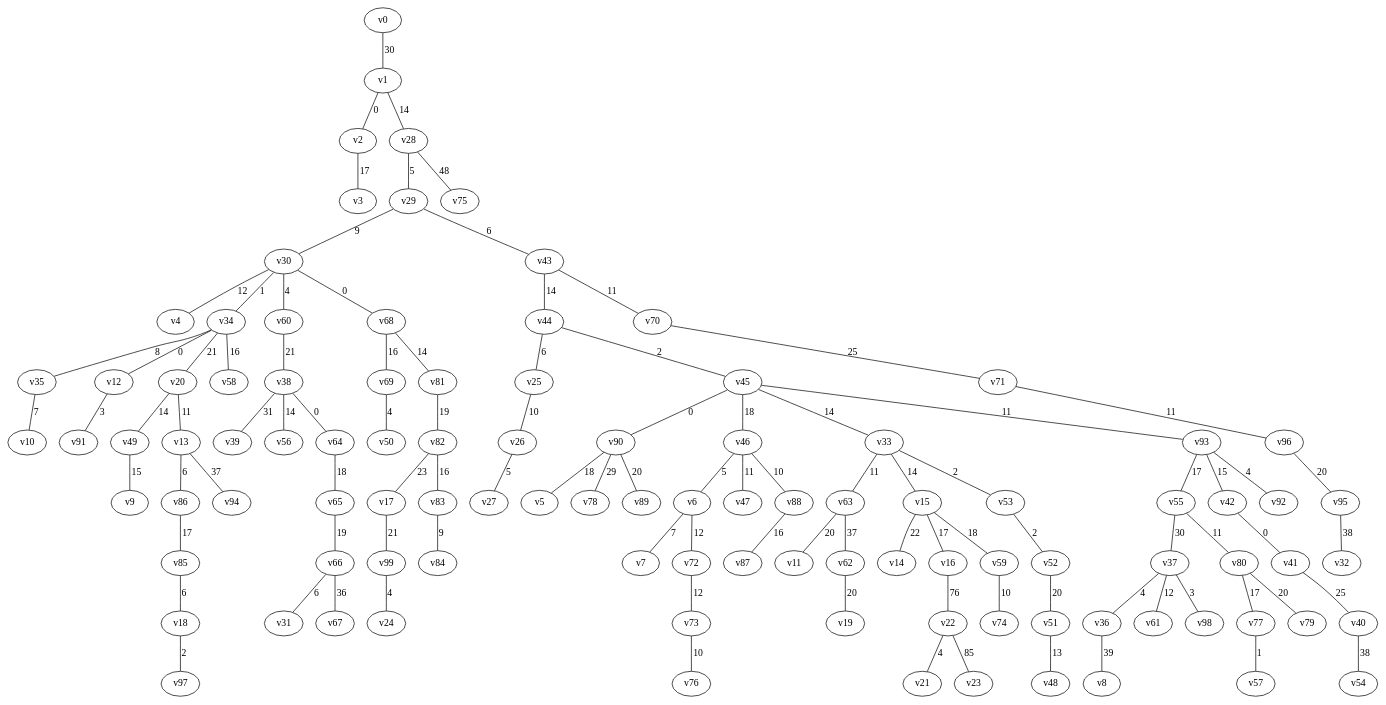
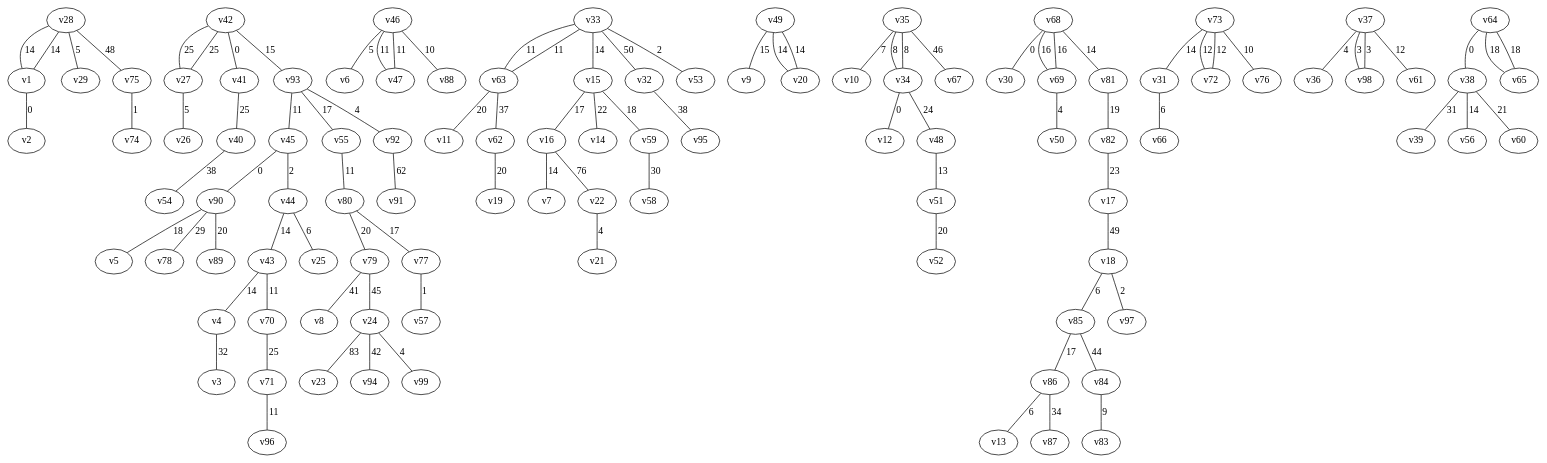
One commit to japie1235813/Algo_PA3 changed the diagram in outputs/gn100_mst_p_2.dot. Above: the diagram before and after it, drawn with Graphviz. The commit also changed 4 other files, not shown here.

```diff
--- a/outputs/gn100_mst_p_2.dot
+++ b/outputs/gn100_mst_p_2.dot
@@ -1,106 +1,106 @@
 graph gn100_mst_p {
-v0 -- v1 [label = "30"];
+v28 -- v1 [label = "14"];
 v1 -- v2 [label = "0"];
-v2 -- v3 [label = "17"];
-v30 -- v4 [label = "12"];
+v4 -- v3 [label = "32"];
+v43 -- v4 [label = "14"];
 v90 -- v5 [label = "18"];
 v46 -- v6 [label = "5"];
-v6 -- v7 [label = "7"];
-v36 -- v8 [label = "39"];
+v16 -- v7 [label = "14"];
+v79 -- v8 [label = "41"];
 v49 -- v9 [label = "15"];
 v35 -- v10 [label = "7"];
 v63 -- v11 [label = "20"];
 v34 -- v12 [label = "0"];
-v20 -- v13 [label = "11"];
+v86 -- v13 [label = "6"];
 v15 -- v14 [label = "22"];
 v33 -- v15 [label = "14"];
 v15 -- v16 [label = "17"];
 v82 -- v17 [label = "23"];
-v85 -- v18 [label = "6"];
+v17 -- v18 [label = "49"];
 v62 -- v19 [label = "20"];
-v34 -- v20 [label = "21"];
+v49 -- v20 [label = "14"];
 v22 -- v21 [label = "4"];
 v16 -- v22 [label = "76"];
-v22 -- v23 [label = "85"];
-v99 -- v24 [label = "4"];
+v24 -- v23 [label = "83"];
+v79 -- v24 [label = "45"];
 v44 -- v25 [label = "6"];
-v25 -- v26 [label = "10"];
-v26 -- v27 [label = "5"];
+v27 -- v26 [label = "5"];
+v42 -- v27 [label = "25"];
 v1 -- v28 [label = "14"];
 v28 -- v29 [label = "5"];
-v29 -- v30 [label = "9"];
-v66 -- v31 [label = "6"];
-v95 -- v32 [label = "38"];
-v45 -- v33 [label = "14"];
-v30 -- v34 [label = "1"];
+v68 -- v30 [label = "0"];
+v73 -- v31 [label = "14"];
+v33 -- v32 [label = "50"];
+v63 -- v33 [label = "11"];
+v35 -- v34 [label = "8"];
 v34 -- v35 [label = "8"];
 v37 -- v36 [label = "4"];
-v55 -- v37 [label = "30"];
-v60 -- v38 [label = "21"];
+v98 -- v37 [label = "3"];
+v64 -- v38 [label = "0"];
 v38 -- v39 [label = "31"];
 v41 -- v40 [label = "25"];
 v42 -- v41 [label = "0"];
-v93 -- v42 [label = "15"];
-v29 -- v43 [label = "6"];
-v43 -- v44 [label = "14"];
-v44 -- v45 [label = "2"];
-v45 -- v46 [label = "18"];
+v27 -- v42 [label = "25"];
+v44 -- v43 [label = "14"];
+v45 -- v44 [label = "2"];
+v93 -- v45 [label = "11"];
+v47 -- v46 [label = "11"];
 v46 -- v47 [label = "11"];
-v51 -- v48 [label = "13"];
+v34 -- v48 [label = "24"];
 v20 -- v49 [label = "14"];
 v69 -- v50 [label = "4"];
-v52 -- v51 [label = "20"];
-v53 -- v52 [label = "2"];
+v48 -- v51 [label = "13"];
+v51 -- v52 [label = "20"];
 v33 -- v53 [label = "2"];
 v40 -- v54 [label = "38"];
 v93 -- v55 [label = "17"];
 v38 -- v56 [label = "14"];
 v77 -- v57 [label = "1"];
-v34 -- v58 [label = "16"];
+v59 -- v58 [label = "30"];
 v15 -- v59 [label = "18"];
-v30 -- v60 [label = "4"];
+v38 -- v60 [label = "21"];
 v37 -- v61 [label = "12"];
 v63 -- v62 [label = "37"];
 v33 -- v63 [label = "11"];
-v38 -- v64 [label = "0"];
+v65 -- v64 [label = "18"];
 v64 -- v65 [label = "18"];
-v65 -- v66 [label = "19"];
-v66 -- v67 [label = "36"];
-v30 -- v68 [label = "0"];
+v31 -- v66 [label = "6"];
+v35 -- v67 [label = "46"];
+v69 -- v68 [label = "16"];
 v68 -- v69 [label = "16"];
 v43 -- v70 [label = "11"];
 v70 -- v71 [label = "25"];
-v6 -- v72 [label = "12"];
+v73 -- v72 [label = "12"];
 v72 -- v73 [label = "12"];
-v59 -- v74 [label = "10"];
+v75 -- v74 [label = "1"];
 v28 -- v75 [label = "48"];
 v73 -- v76 [label = "10"];
 v80 -- v77 [label = "17"];
 v90 -- v78 [label = "29"];
 v80 -- v79 [label = "20"];
 v55 -- v80 [label = "11"];
 v68 -- v81 [label = "14"];
 v81 -- v82 [label = "19"];
-v82 -- v83 [label = "16"];
-v83 -- v84 [label = "9"];
-v86 -- v85 [label = "17"];
-v13 -- v86 [label = "6"];
-v88 -- v87 [label = "16"];
+v84 -- v83 [label = "9"];
+v85 -- v84 [label = "44"];
+v18 -- v85 [label = "6"];
+v85 -- v86 [label = "17"];
+v86 -- v87 [label = "34"];
 v46 -- v88 [label = "10"];
 v90 -- v89 [label = "20"];
 v45 -- v90 [label = "0"];
-v12 -- v91 [label = "3"];
+v92 -- v91 [label = "62"];
 v93 -- v92 [label = "4"];
-v45 -- v93 [label = "11"];
-v13 -- v94 [label = "37"];
-v96 -- v95 [label = "20"];
+v42 -- v93 [label = "15"];
+v24 -- v94 [label = "42"];
+v32 -- v95 [label = "38"];
 v71 -- v96 [label = "11"];
 v18 -- v97 [label = "2"];
 v37 -- v98 [label = "3"];
-v17 -- v99 [label = "21"];
+v24 -- v99 [label = "4"];
 }
 // vertices = 100
 // edges = 99
-// total_weight = 1522
+// total_weight = 1782
 // runtime = 12.001sec
 // memory = 11.8789MB
```
